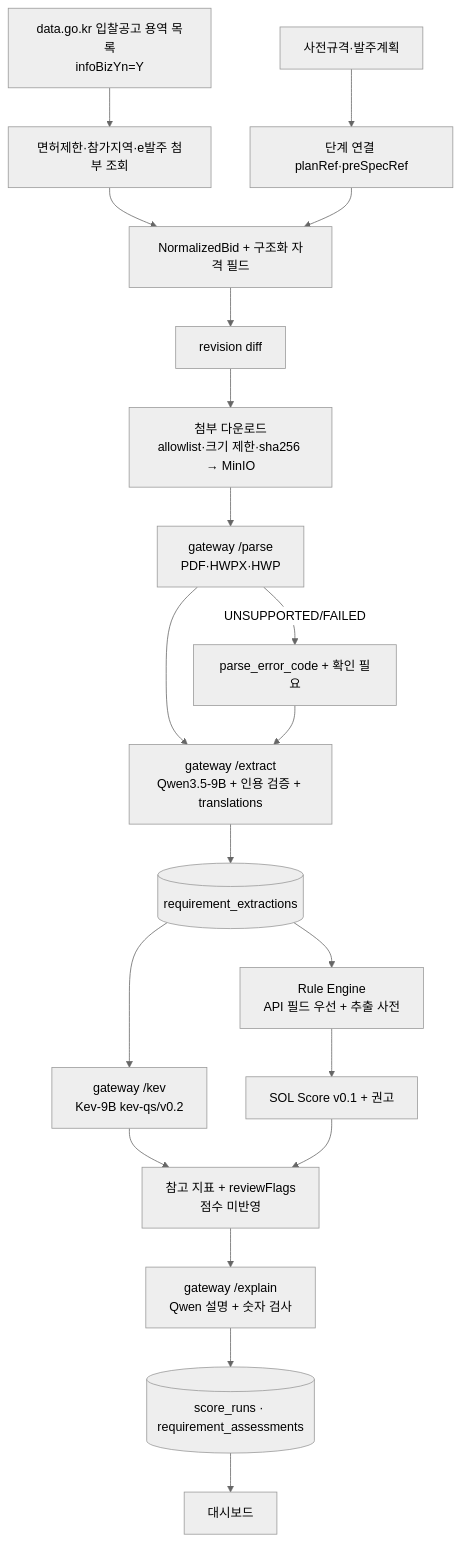
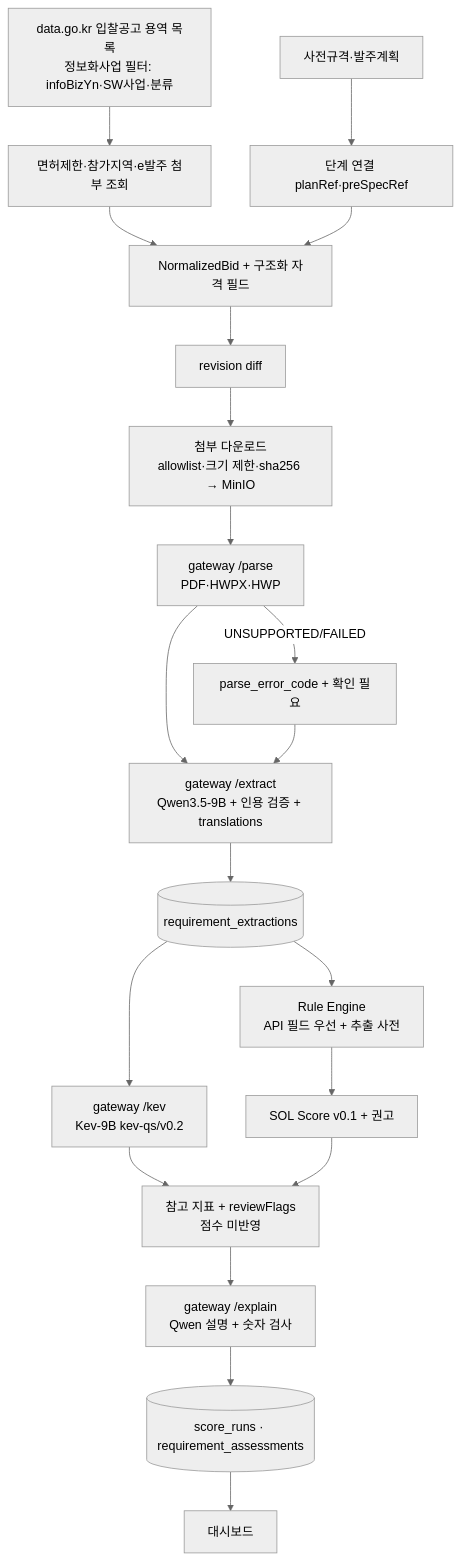
The diagram in docs/03-AI-PIPELINE.md (solideoai/sol-radar), drawn with Mermaid (neutral theme) before and after one commit. The commit also changed other lines of this file and 20 other files, not shown here.

````diff
--- a/docs/03-AI-PIPELINE.md
+++ b/docs/03-AI-PIPELINE.md
@@ -37,22 +37,22 @@
 ```mermaid
 flowchart TD
- A[data.go.kr 입찰공고 용역 목록<br/>infoBizYn=Y] --> B[면허제한·참가지역·e발주 첨부 조회]
+ A[data.go.kr 입찰공고 용역 목록<br/>정보화사업 필터: infoBizYn·SW사업·분류] --> B[면허제한·참가지역·e발주 첨부 조회]
  A2[사전규격·발주계획] --> L[단계 연결 planRef·preSpecRef]
  B --> N[NormalizedBid + 구조화 자격 필드]
  L --> N
  N --> R1[revision diff]
  R1 --> D[첨부 다운로드<br/>allowlist·크기 제한·sha256 → MinIO]
  D --> P[gateway /parse<br/>PDF·HWPX·HWP]
  P -->|UNSUPPORTED/FAILED| PE[parse_error_code + 확인 필요]
  P --> E[gateway /extract<br/>Qwen3.5-9B + 인용 검증 + translations]
  PE --> E
  E --> X[(requirement_extractions)]
  X --> RE[Rule Engine<br/>API 필드 우선 + 추출 사전]
  X --> K[gateway /kev<br/>Kev-9B kev-qs/v0.2]
  RE --> S[SOL Score v0.1 + 권고]
  K --> F[참고 지표 + reviewFlags<br/>점수 미반영]
  S --> F
  F --> EX[gateway /explain<br/>Qwen 설명 + 숫자 검사]
  EX --> Z[(score_runs · requirement_assessments)]
  Z --> UI[대시보드]
 ```
````
